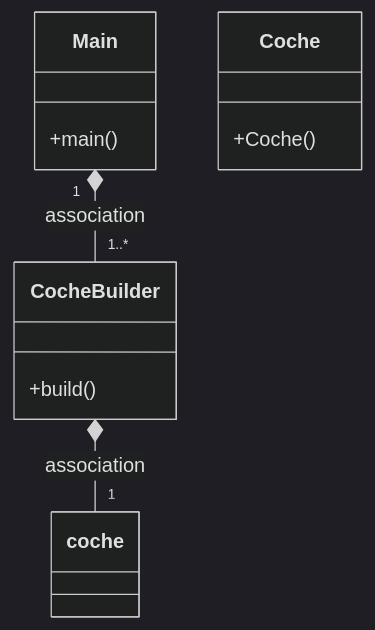
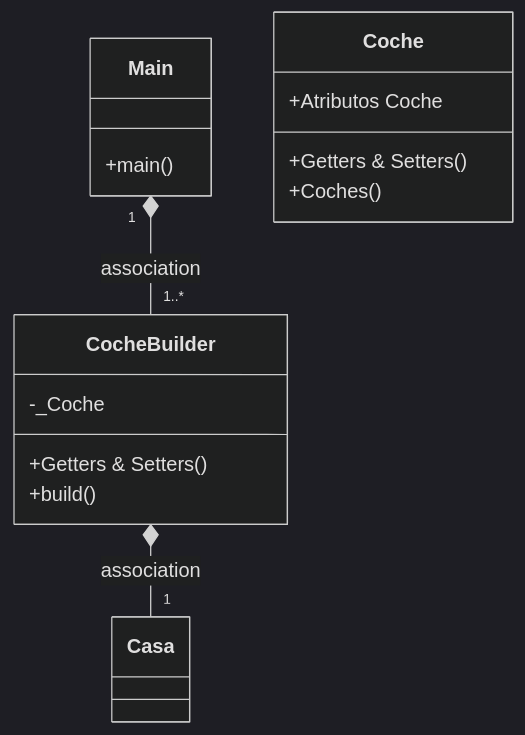
One commit to JayBGB/CODBuilderPattern changed the second of 2 diagrams in README.md. Above: the diagram before and after it, drawn with Mermaid (dark theme).

Commit message:
Editada respuesta

````diff
--- a/README.md
+++ b/README.md
@@ -45,17 +45,20 @@
 ```mermaid
     classDiagram
       Main "1" *-- "1..*" CocheBuilder : association
       class Main{
           +main()
       }
       class CocheBuilder{
+          -_Coche
+          +Getters & Setters()
           +build()
       }
       
-      CocheBuilder *-- "1" coche : association
+      CocheBuilder *-- "1" Casa : association
       class Coche{
-        +Coche()
+        +Atributos Coche
+        +Getters & Setters()
+        +Coches()
       }
       
-
 ```
````
